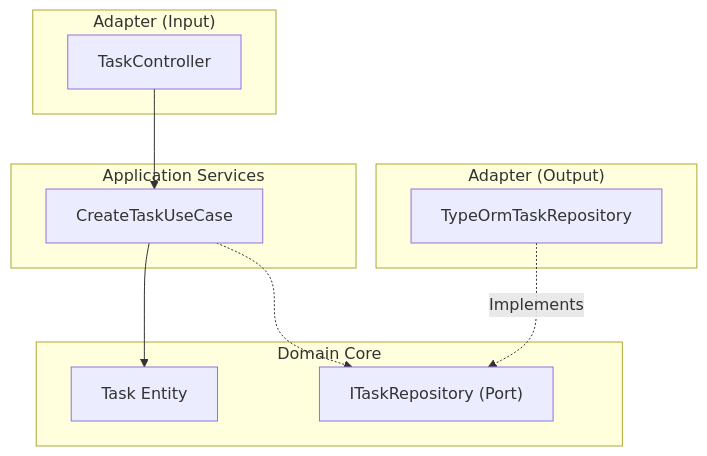
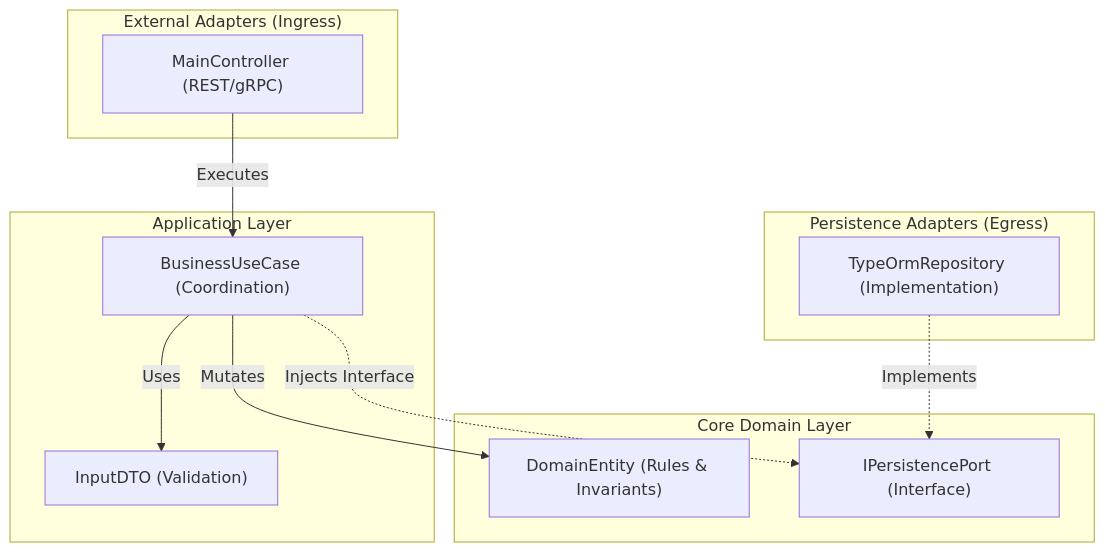
Before and after one commit to beyondnetcode/arc32_nodejs_progresive_monolith: the third of 3 diagrams in arc-nodejs-workspace/docs/02-architecture/architecture-spec.md, drawn with Mermaid. The commit also changed other lines of this file and 45 other files, not shown here.

````diff
--- a/arc-nodejs-workspace/docs/02-architecture/architecture-spec.md
+++ b/arc-nodejs-workspace/docs/02-architecture/architecture-spec.md
@@ -57,24 +75,26 @@
 ```mermaid
 graph TD
-    subgraph HTTP["Adapter (Input)"]
-        Controller["TaskController"]
+    subgraph HTTP["External Adapters (Ingress)"]
+        Controller["MainController (REST/gRPC)"]
     end
 
-    subgraph Application["Application Services"]
-        UseCase["CreateTaskUseCase"]
+    subgraph Application["Application Layer"]
+        UseCase["BusinessUseCase (Coordination)"]
+        DTO["InputDTO (Validation)"]
     end
 
-    subgraph Core["Domain Core"]
-        TaskEntity["Task Entity"]
-        ITaskRepo["ITaskRepository (Port)"]
+    subgraph Core["Core Domain Layer"]
+        Entity["DomainEntity (Rules & Invariants)"]
+        IPersistencePort["IPersistencePort (Interface)"]
     end
 
-    subgraph Infrastructure["Adapter (Output)"]
-        TypeOrmRepo["TypeOrmTaskRepository"]
+    subgraph Infrastructure["Persistence Adapters (Egress)"]
+        TypeOrmAdapter["TypeOrmRepository (Implementation)"]
     end
 
-    Controller --> UseCase
-    UseCase --> TaskEntity
-    UseCase -.-> ITaskRepo
-    TypeOrmRepo -.->|Implements| ITaskRepo
+    Controller -->|Executes| UseCase
+    UseCase -->|Uses| DTO
+    UseCase -->|Mutates| Entity
+    UseCase -.->|Injects Interface| IPersistencePort
+    TypeOrmAdapter -.->|Implements| IPersistencePort
 ```
````
